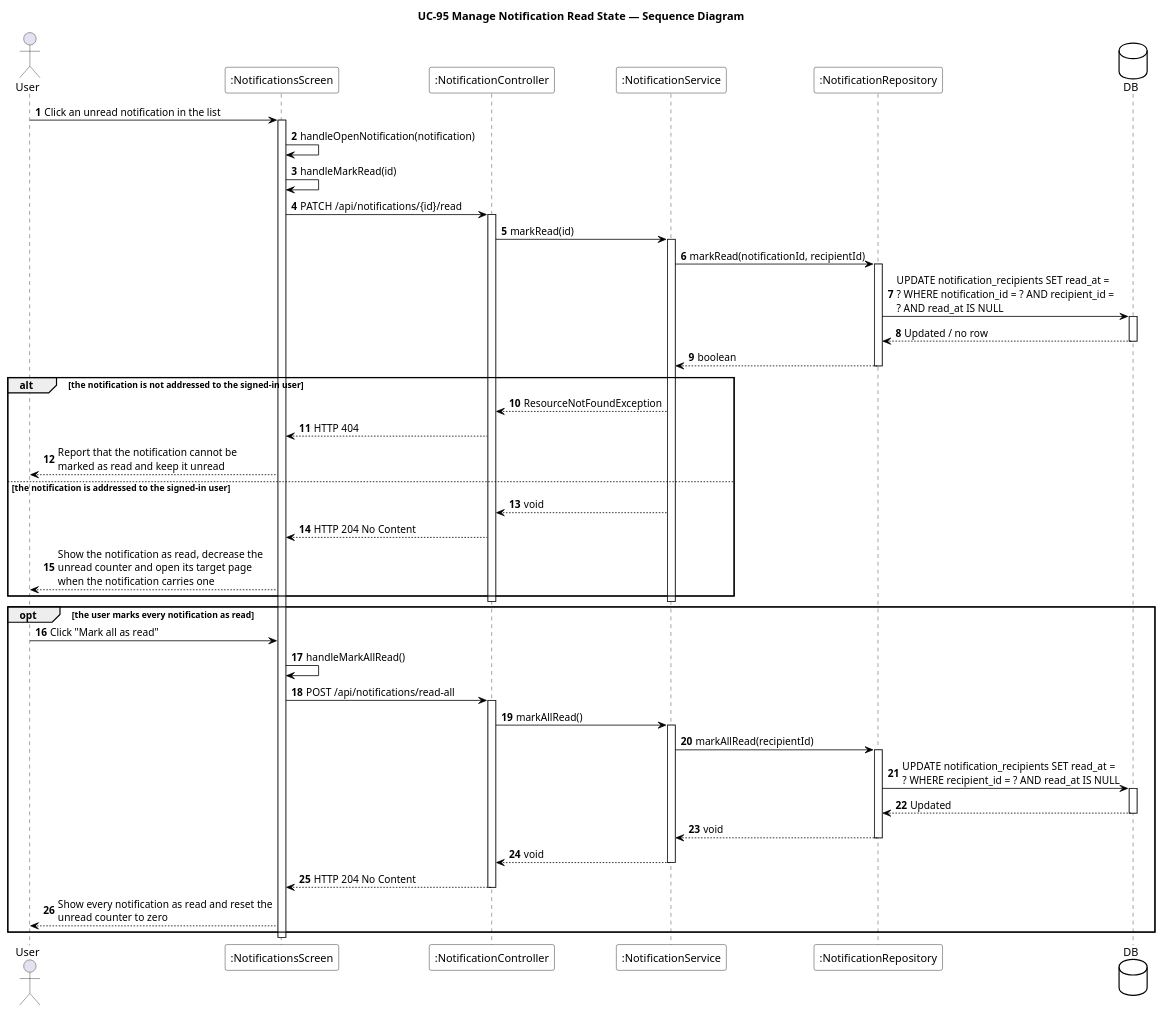
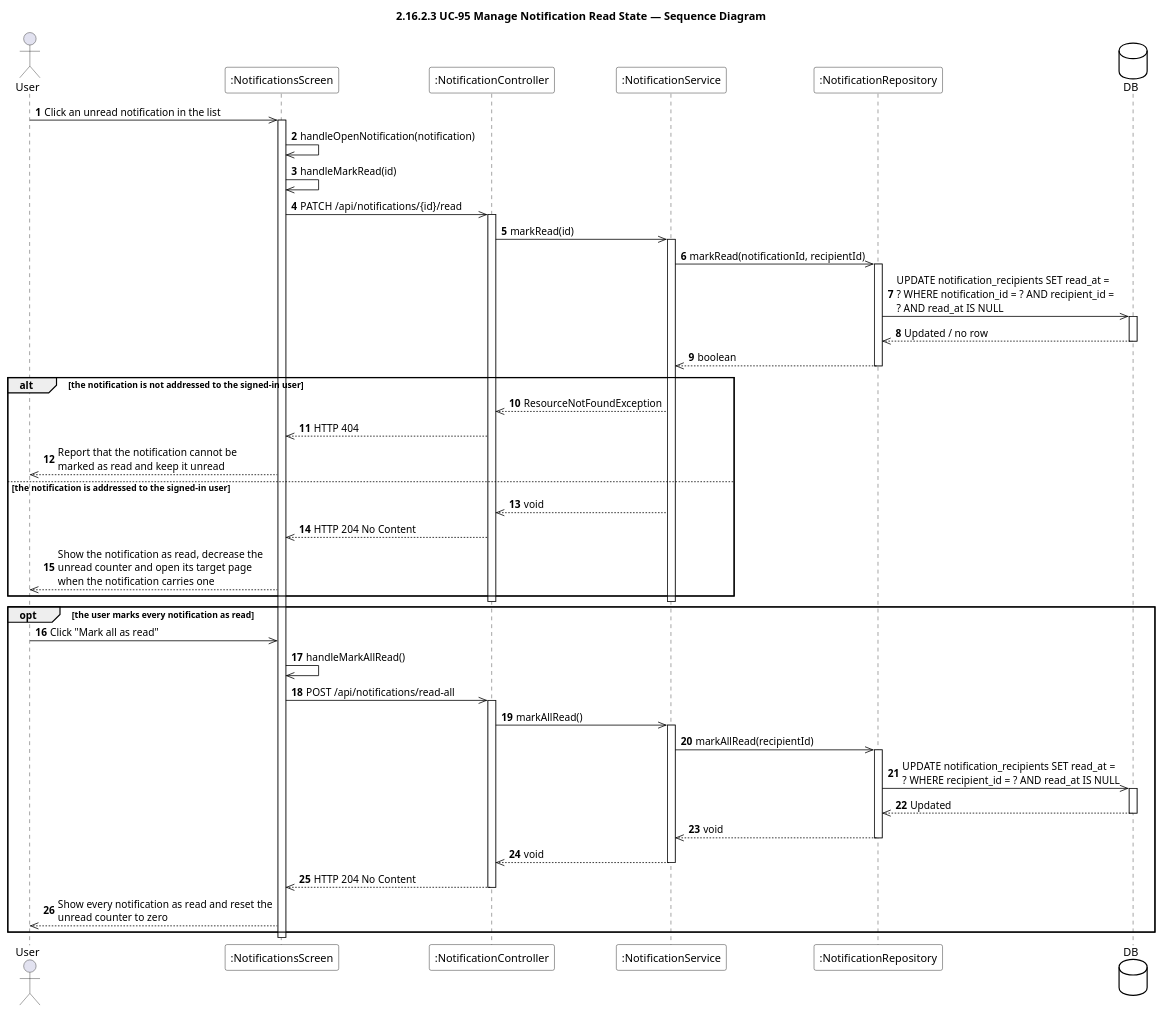
The diagram in designs/sds-diagrams/uc95/uc95_sequence.puml (EduA-system/EduA-system), drawn with PlantUML before and after one commit. The commit also changed 585 other files, not shown here.

Commit message:
hình sequence diagram mới

```diff
--- a/designs/sds-diagrams/uc95/uc95_sequence.puml
+++ b/designs/sds-diagrams/uc95/uc95_sequence.puml
@@ -1,72 +1,72 @@
 @startuml UC-95 Manage Notification Read State - Sequence Diagram
 skinparam defaultFontName "Segoe UI"
 skinparam shadowing false
 skinparam ParticipantBackgroundColor #FFFFFF
 skinparam ParticipantBorderColor #000000
 skinparam DatabaseBackgroundColor #FFFFFF
 skinparam DatabaseBorderColor #000000
 skinparam ArrowColor #000000
 skinparam sequenceMessageAlign left
 skinparam maxMessageSize 280
-title UC-95 Manage Notification Read State — Sequence Diagram
+title 2.16.2.3 UC-95 Manage Notification Read State — Sequence Diagram
 
 actor User
 participant ":NotificationsScreen" as UI
 participant ":NotificationController" as CTL
 participant ":NotificationService" as SVC
 participant ":NotificationRepository" as NOTIFS
 database DB
 
 autonumber
-User -> UI : Click an unread notification in the list
+User ->> UI : Click an unread notification in the list
 activate UI
-UI -> UI : handleOpenNotification(notification)
-UI -> UI : handleMarkRead(id)
-UI -> CTL : PATCH /api/notifications/{id}/read
+UI ->> UI : handleOpenNotification(notification)
+UI ->> UI : handleMarkRead(id)
+UI ->> CTL : PATCH /api/notifications/{id}/read
 activate CTL
-CTL -> SVC : markRead(id)
+CTL ->> SVC : markRead(id)
 activate SVC
-SVC -> NOTIFS : markRead(notificationId, recipientId)
+SVC ->> NOTIFS : markRead(notificationId, recipientId)
 activate NOTIFS
-NOTIFS -> DB : UPDATE notification_recipients SET read_at = ? WHERE notification_id = ? AND recipient_id = ? AND read_at IS NULL
+NOTIFS ->> DB : UPDATE notification_recipients SET read_at = ? WHERE notification_id = ? AND recipient_id = ? AND read_at IS NULL
 activate DB
-DB --> NOTIFS : Updated / no row
+DB -->> NOTIFS : Updated / no row
 deactivate DB
-NOTIFS --> SVC : boolean
+NOTIFS -->> SVC : boolean
 deactivate NOTIFS
 
 alt the notification is not addressed to the signed-in user
-  SVC --> CTL : ResourceNotFoundException
-  CTL --> UI : HTTP 404
-  UI --> User : Report that the notification cannot be marked as read and keep it unread
+  SVC -->> CTL : ResourceNotFoundException
+  CTL -->> UI : HTTP 404
+  UI -->> User : Report that the notification cannot be marked as read and keep it unread
 else the notification is addressed to the signed-in user
-  SVC --> CTL : void
-  CTL --> UI : HTTP 204 No Content
-  UI --> User : Show the notification as read, decrease the unread counter and open its target page when the notification carries one
+  SVC -->> CTL : void
+  CTL -->> UI : HTTP 204 No Content
+  UI -->> User : Show the notification as read, decrease the unread counter and open its target page when the notification carries one
 end
 deactivate SVC
 deactivate CTL
 
 opt the user marks every notification as read
-  User -> UI : Click "Mark all as read"
-  UI -> UI : handleMarkAllRead()
-  UI -> CTL : POST /api/notifications/read-all
+  User ->> UI : Click "Mark all as read"
+  UI ->> UI : handleMarkAllRead()
+  UI ->> CTL : POST /api/notifications/read-all
   activate CTL
-  CTL -> SVC : markAllRead()
+  CTL ->> SVC : markAllRead()
   activate SVC
-  SVC -> NOTIFS : markAllRead(recipientId)
+  SVC ->> NOTIFS : markAllRead(recipientId)
   activate NOTIFS
-  NOTIFS -> DB : UPDATE notification_recipients SET read_at = ? WHERE recipient_id = ? AND read_at IS NULL
+  NOTIFS ->> DB : UPDATE notification_recipients SET read_at = ? WHERE recipient_id = ? AND read_at IS NULL
   activate DB
-  DB --> NOTIFS : Updated
+  DB -->> NOTIFS : Updated
   deactivate DB
-  NOTIFS --> SVC : void
+  NOTIFS -->> SVC : void
   deactivate NOTIFS
-  SVC --> CTL : void
+  SVC -->> CTL : void
   deactivate SVC
-  CTL --> UI : HTTP 204 No Content
+  CTL -->> UI : HTTP 204 No Content
   deactivate CTL
-  UI --> User : Show every notification as read and reset the unread counter to zero
+  UI -->> User : Show every notification as read and reset the unread counter to zero
 end
 deactivate UI
 @enduml
```
